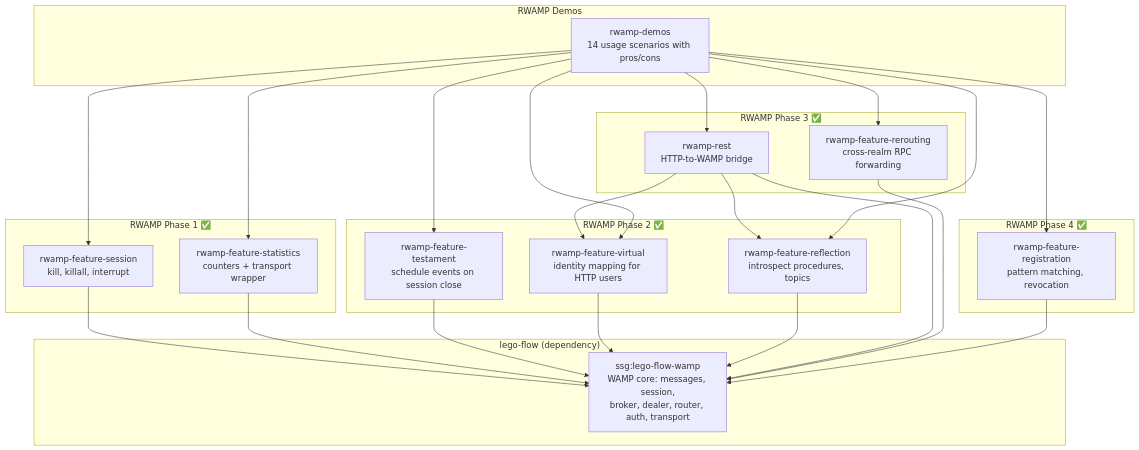
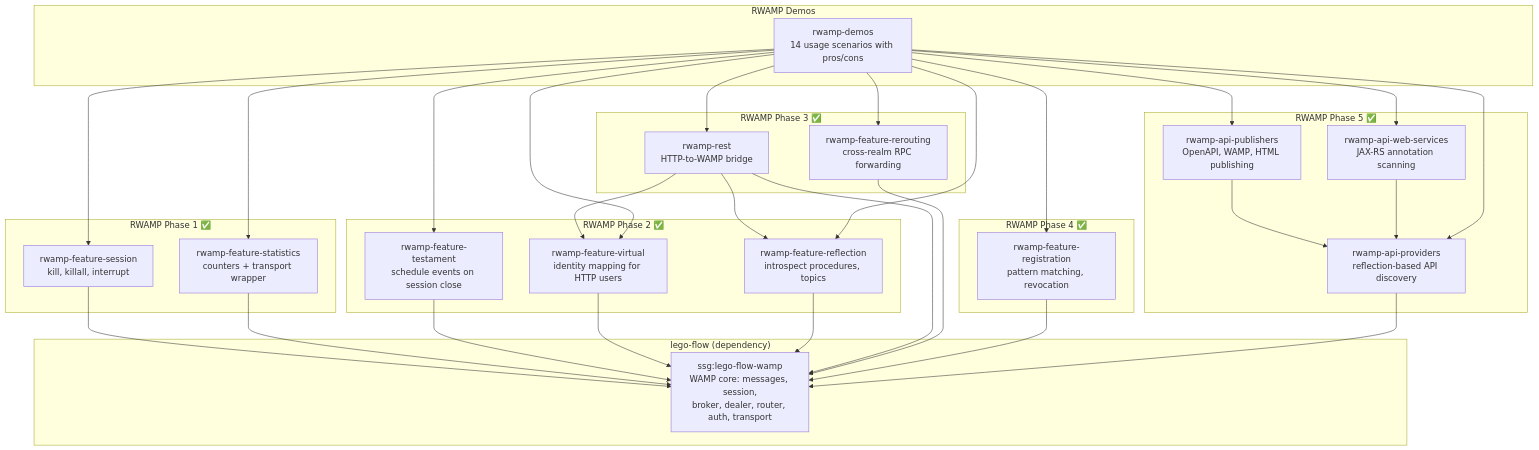
The diagram in README.md (000ssg/RWAMP), drawn with Mermaid before and after one commit. The commit also changed other lines of this file and 90 other files, not shown here.

````diff
--- a/README.md
+++ b/README.md
@@ -47,49 +50,61 @@
 ```mermaid
 graph TD
     subgraph "lego-flow (dependency)"
         LF["ssg:lego-flow-wamp<br/>WAMP core: messages, session,<br/>broker, dealer, router, auth, transport"]
     end
 
     subgraph "RWAMP Phase 1 ✅"
         S["rwamp-feature-session<br/>kill, killall, interrupt"]
         ST["rwamp-feature-statistics<br/>counters + transport wrapper"]
     end
 
     subgraph "RWAMP Phase 2 ✅"
         T["rwamp-feature-testament<br/>schedule events on session close"]
         V["rwamp-feature-virtual<br/>identity mapping for HTTP users"]
         R["rwamp-feature-reflection<br/>introspect procedures, topics"]
     end
 
     subgraph "RWAMP Phase 3 ✅"
         REST["rwamp-rest<br/>HTTP-to-WAMP bridge"]
         RR["rwamp-feature-rerouting<br/>cross-realm RPC forwarding"]
     end
 
     subgraph "RWAMP Phase 4 ✅"
         RG["rwamp-feature-registration<br/>pattern matching, revocation"]
     end
 
+    subgraph "RWAMP Phase 5 ✅"
+        AP["rwamp-api-providers<br/>reflection-based API discovery"]
+        AU["rwamp-api-publishers<br/>OpenAPI, WAMP, HTML publishing"]
+        WS["rwamp-api-web-services<br/>JAX-RS annotation scanning"]
+    end
+
     subgraph "RWAMP Demos"
         DM["rwamp-demos<br/>14 usage scenarios with pros/cons"]
     end
 
     S --> LF
     ST --> LF
     T --> LF
     V --> LF
     R --> LF
     REST --> LF
     REST --> V
     REST --> R
     RR --> LF
     RG --> LF
+    AP --> LF
+    AU --> AP
+    WS --> AP
     DM --> S
     DM --> ST
     DM --> T
     DM --> V
     DM --> R
     DM --> REST
     DM --> RR
     DM --> RG
+    DM --> AP
+    DM --> AU
+    DM --> WS
 ```
````
